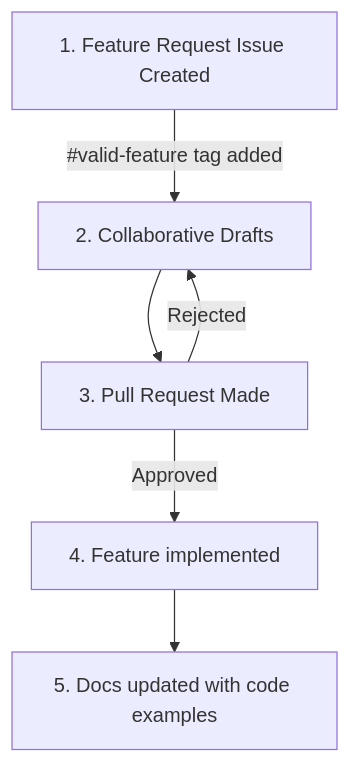
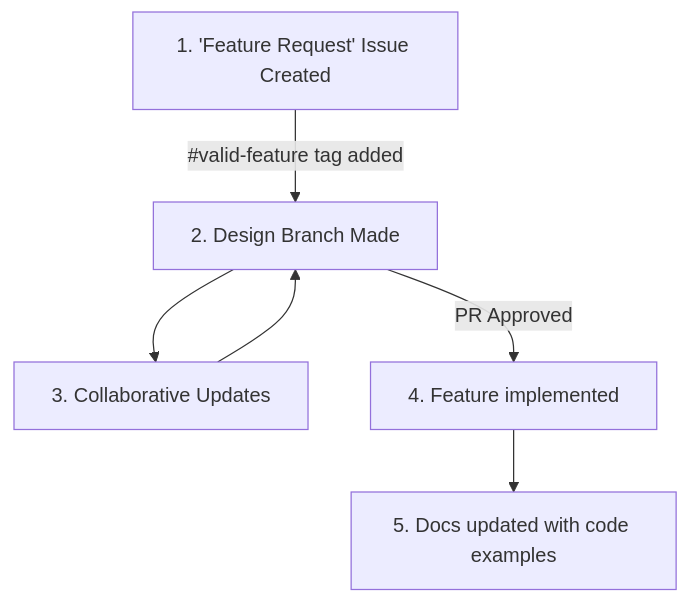
The second of 2 diagrams in CONTRIBUTING.md (EthanGunter/EthicalMatch-docs), drawn with Mermaid before and after one commit. The commit also changed other lines of this file, not shown here.

````diff
--- a/CONTRIBUTING.md
+++ b/CONTRIBUTING.md
@@ -43,8 +43,8 @@
 ```mermaid
 graph
-Issue[1. Feature Request Issue Created] -- #valid-feature tag added --> Draft[2. Collaborative Drafts]
-Draft --> PR[3. Pull Request Made]
-PR -- Rejected --> Draft
-PR -- Approved --> Dev[4. Feature implemented]
+Issue[1. 'Feature Request' Issue Created] -- #valid-feature tag added --> PR[2. Design Branch Made]
+PR --> Draft[3. Collaborative Updates]
+Draft --> PR
+PR -- PR Approved --> Dev[4. Feature implemented]
 Dev --> Update[5. Docs updated with code examples]
 ```
````
